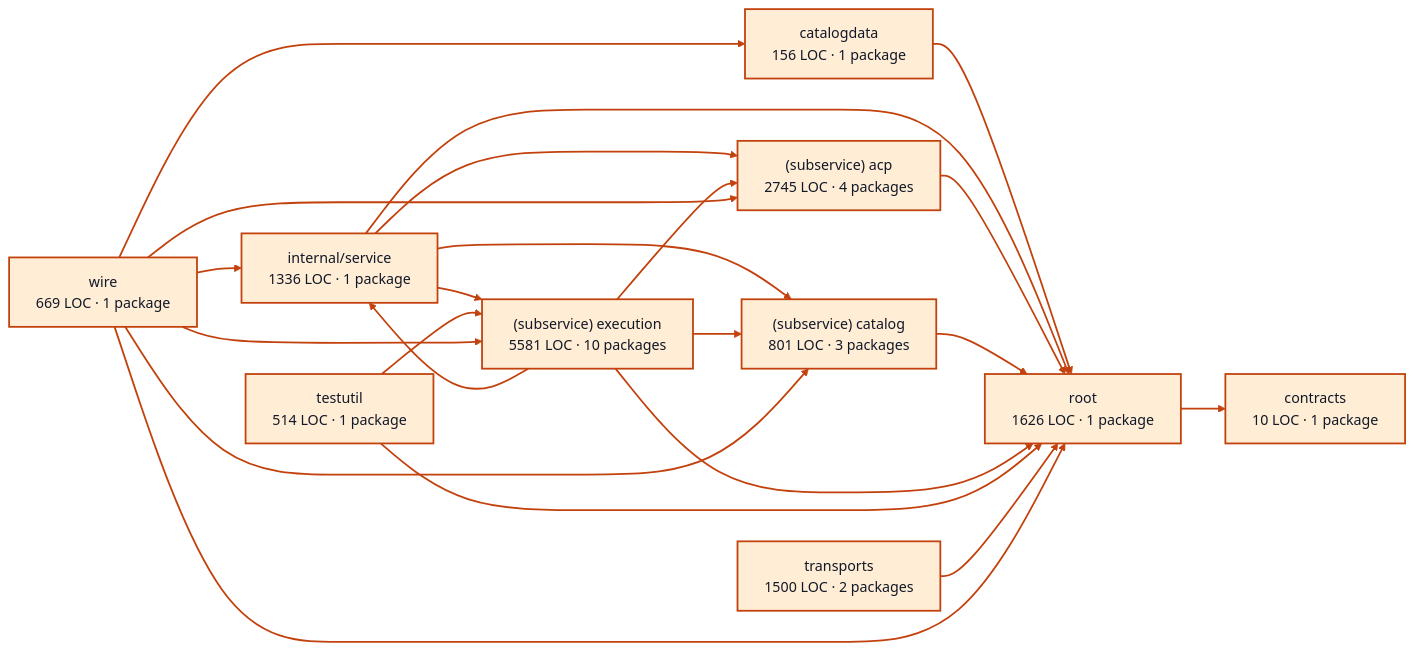
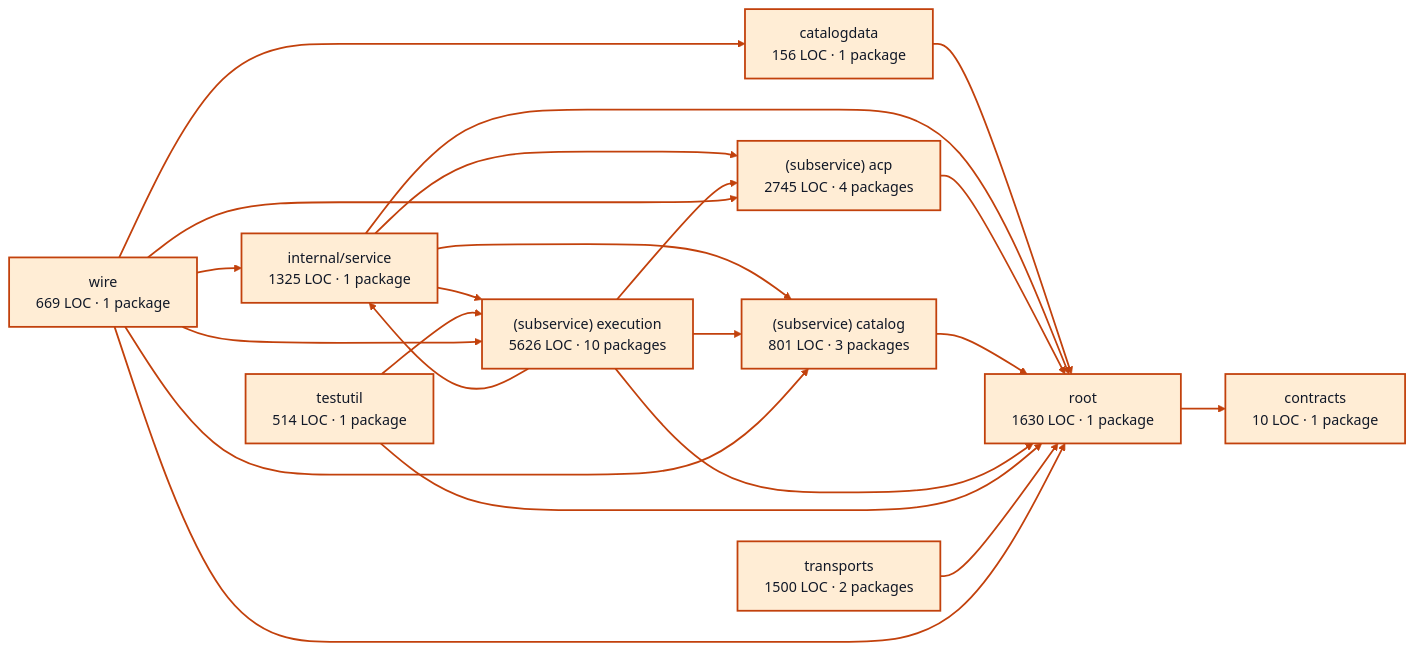
The diagram in docs/architecture/visualizations/services/providers.md (portpowered/you-agent-factory), drawn with Mermaid (base theme) before and after one commit. The commit also changed other lines of this file and 20 other files, not shown here.

Commit message:
docs: refresh backend architecture visualizations

````diff
--- a/docs/architecture/visualizations/services/providers.md
+++ b/docs/architecture/visualizations/services/providers.md
@@ -11,45 +11,45 @@
 ```mermaid
 flowchart LR
   p0["catalogdata<br/>156 LOC · 1 package"]
   p1["contracts<br/>10 LOC · 1 package"]
-  p2["internal/service<br/>1336 LOC · 1 package"]
+  p2["internal/service<br/>1325 LOC · 1 package"]
   p3["(subservice) acp<br/>2745 LOC · 4 packages"]
   p4["(subservice) catalog<br/>801 LOC · 3 packages"]
-  p5["(subservice) execution<br/>5581 LOC · 10 packages"]
+  p5["(subservice) execution<br/>5626 LOC · 10 packages"]
   p6["testutil<br/>514 LOC · 1 package"]
-  p7["root<br/>1626 LOC · 1 package"]
+  p7["root<br/>1630 LOC · 1 package"]
   p8["transports<br/>1500 LOC · 2 packages"]
   p9["wire<br/>669 LOC · 1 package"]
   p0 --> p7
   p2 --> p3
   p2 --> p4
   p2 --> p5
   p2 --> p7
   p3 --> p7
   p4 --> p7
   p5 --> p2
   p5 --> p3
   p5 --> p4
   p5 --> p7
   p6 --> p5
   p6 --> p7
   p7 --> p1
   p8 --> p7
   p9 --> p0
   p9 --> p2
   p9 --> p3
   p9 --> p4
   p9 --> p5
   p9 --> p7
   style p0 fill:#ffedd5,stroke:#c2410c,stroke-width:2px,color:#111827
   style p1 fill:#ffedd5,stroke:#c2410c,stroke-width:2px,color:#111827
   style p2 fill:#ffedd5,stroke:#c2410c,stroke-width:2px,color:#111827
   style p3 fill:#ffedd5,stroke:#c2410c,stroke-width:2px,color:#111827
   style p4 fill:#ffedd5,stroke:#c2410c,stroke-width:2px,color:#111827
   style p5 fill:#ffedd5,stroke:#c2410c,stroke-width:2px,color:#111827
   style p6 fill:#ffedd5,stroke:#c2410c,stroke-width:2px,color:#111827
   style p7 fill:#ffedd5,stroke:#c2410c,stroke-width:2px,color:#111827
   style p8 fill:#ffedd5,stroke:#c2410c,stroke-width:2px,color:#111827
   style p9 fill:#ffedd5,stroke:#c2410c,stroke-width:2px,color:#111827
   linkStyle default stroke:#c2410c,stroke-width:2px
 ```
````
